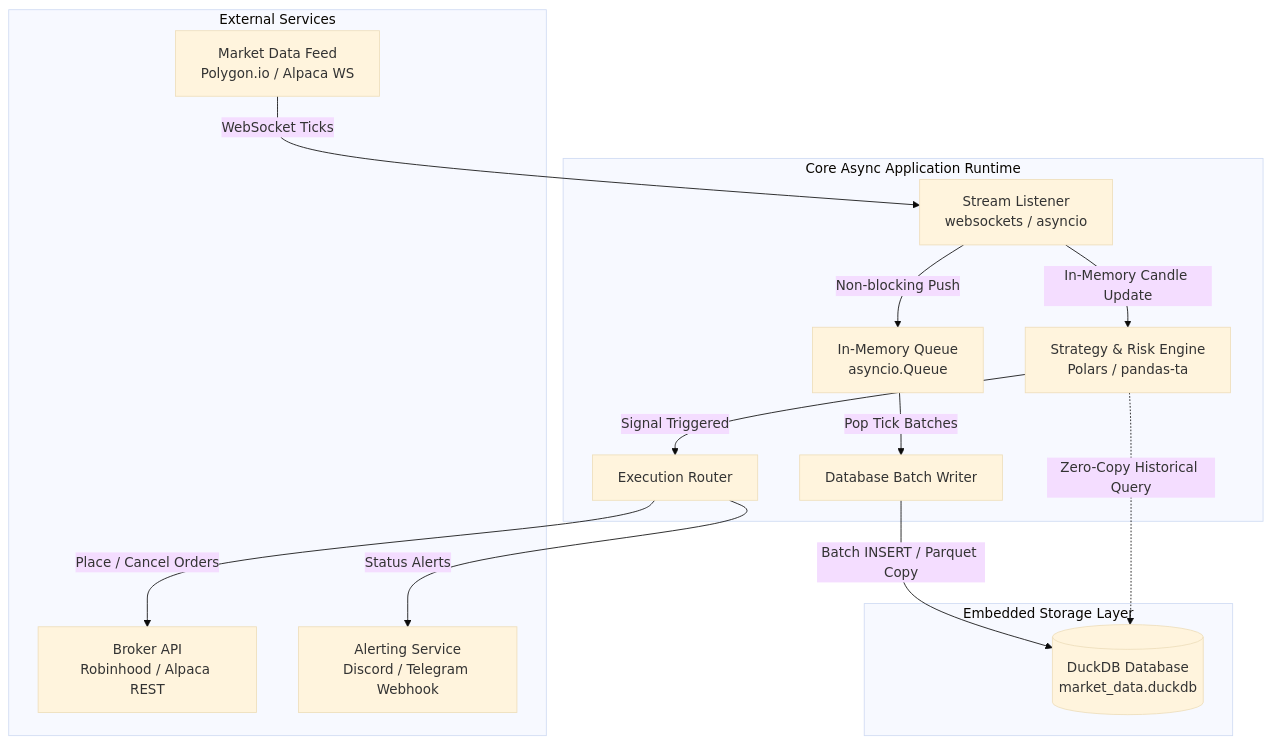
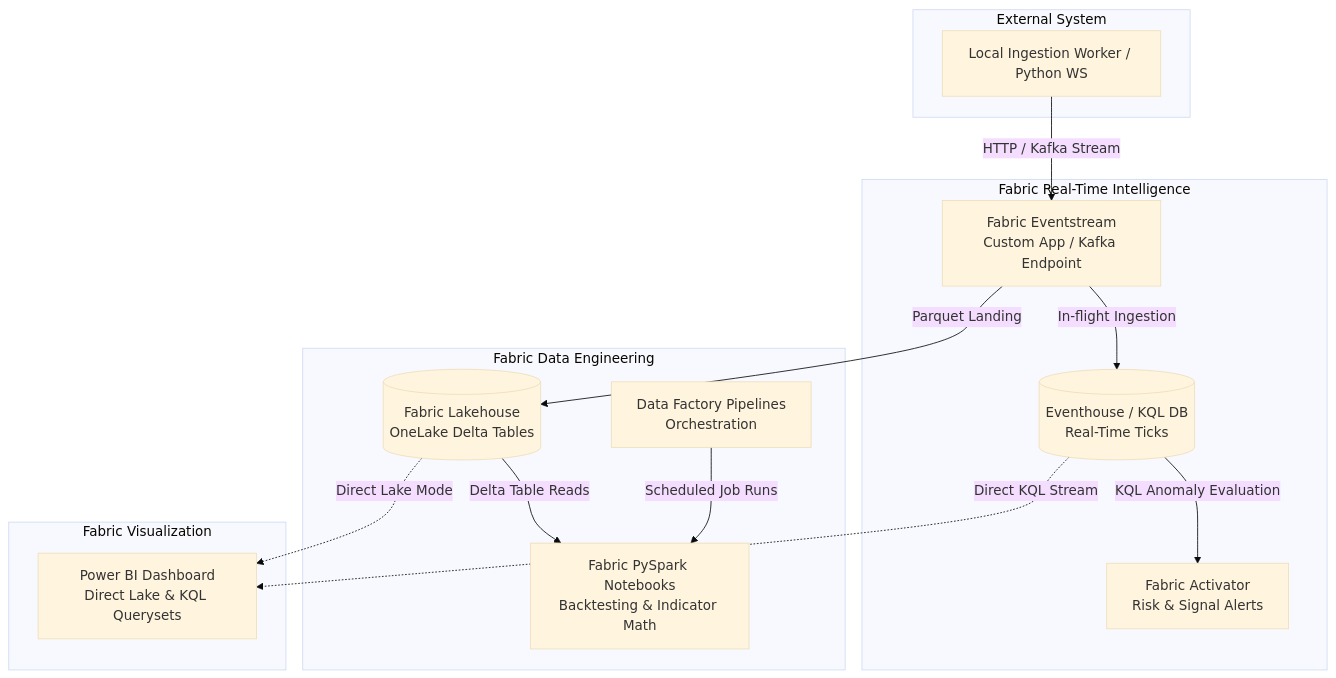
One commit to hsososa/trading_bot changed the first of 2 diagrams in README.md. Above: the diagram before and after it, drawn with Mermaid (base theme). The commit also changed other lines of this file and 1 other file, not shown here.

Commit message:
chore: update README.md with Fabric details

````diff
--- a/README.md
+++ b/README.md
@@ -13,31 +11,32 @@
 ```mermaid
 graph TD
-    subgraph External Services
-        MD[Market Data Feed\nPolygon.io / Alpaca WS]
-        BR[Broker API\nRobinhood / Alpaca REST]
-        AL[Alerting Service\nDiscord / Telegram Webhook]
+    subgraph External System
+        PY[Local Ingestion Worker / Python WS]
     end
 
-    subgraph Core Async Application Runtime
-        WS[Stream Listener\nwebsockets / asyncio]
-        Q[In-Memory Queue\nasyncio.Queue]
-        SE[Strategy & Risk Engine\nPolars / pandas-ta]
-        EX[Execution Router]
-        DBW[Database Batch Writer]
+    subgraph Fabric Real-Time Intelligence
+        ES[Fabric Eventstream\nCustom App / Kafka Endpoint]
+        EH[(Eventhouse / KQL DB\nReal-Time Ticks)]
+        ACT[Fabric Activator\nRisk & Signal Alerts]
     end
 
-    subgraph Embedded Storage Layer
-        DDB[(DuckDB Database\nmarket_data.duckdb)]
+    subgraph Fabric Data Engineering
+        LH[(Fabric Lakehouse\nOneLake Delta Tables)]
+        NB[Fabric PySpark Notebooks\nBacktesting & Indicator Math]
+        DF[Data Factory Pipelines\nOrchestration]
+    end
+
+    subgraph Fabric Visualization
+        PBI[Power BI Dashboard\nDirect Lake & KQL Querysets]
     end
 
     %% Flow Connections
-    MD -->|WebSocket Ticks| WS
-    WS -->|Non-blocking Push| Q
-    WS -->|In-Memory Candle Update| SE
-    SE -->|Signal Triggered| EX
-    EX -->|Place / Cancel Orders| BR
-    EX -->|Status Alerts| AL
-    Q -->|Pop Tick Batches| DBW
-    DBW -->|Batch INSERT / Parquet Copy| DDB
-    SE -.->|Zero-Copy Historical Query| DDB
+    PY -->|HTTP / Kafka Stream| ES
+    ES -->|In-flight Ingestion| EH
+    ES -->|Parquet Landing| LH
+    EH -->|KQL Anomaly Evaluation| ACT
+    LH -->|Delta Table Reads| NB
+    DF -->|Scheduled Job Runs| NB
+    EH -.->|Direct KQL Stream| PBI
+    LH -.->|Direct Lake Mode| PBI
 ```
````
